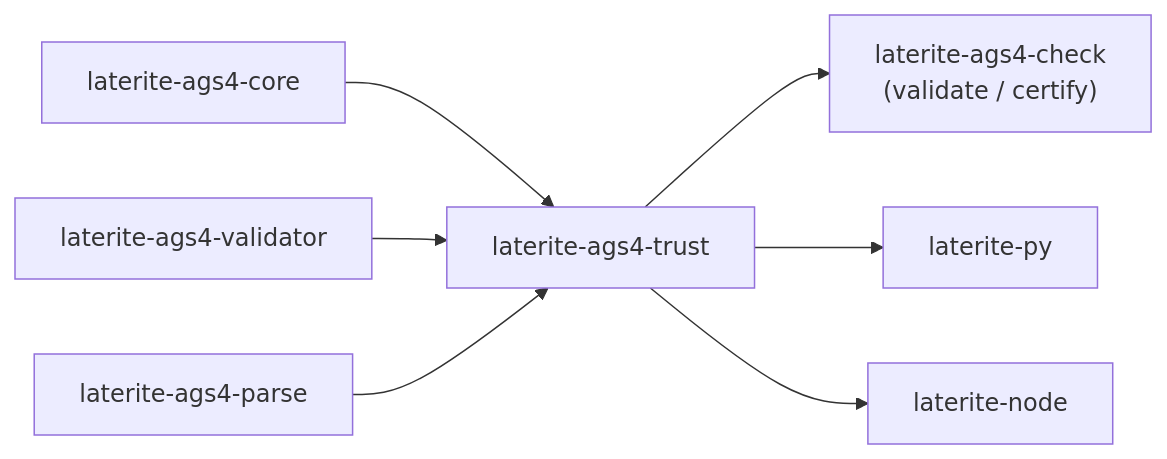
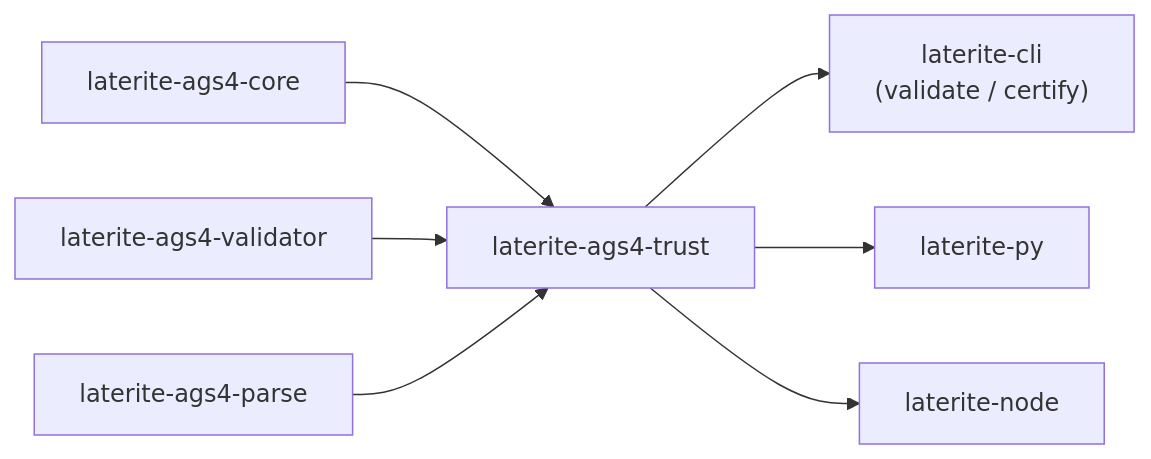
The diagram in ags-wiki/tools/laterite-ags4-trust.md (niko86/laterite), drawn with Mermaid before and after one commit. The commit also changed other lines of this file and 74 other files, not shown here.

First line of the commit message:
refactor(cli): the CLI crate is `laterite-cli`

````diff
--- a/ags-wiki/tools/laterite-ags4-trust.md
+++ b/ags-wiki/tools/laterite-ags4-trust.md
@@ -73,9 +73,9 @@
 ```mermaid
 flowchart LR
   core[laterite-ags4-core] --> trust[laterite-ags4-trust]
   val[laterite-ags4-validator] --> trust
   parse[laterite-ags4-parse] --> trust
-  trust --> check["laterite-ags4-check<br/>(validate / certify)"]
+  trust --> check["laterite-cli<br/>(validate / certify)"]
   trust --> py[laterite-py]
   trust --> node[laterite-node]
 ```
````
